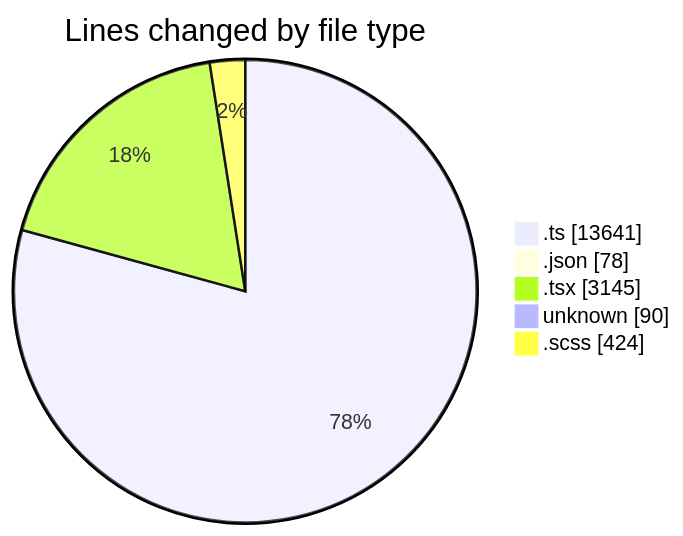
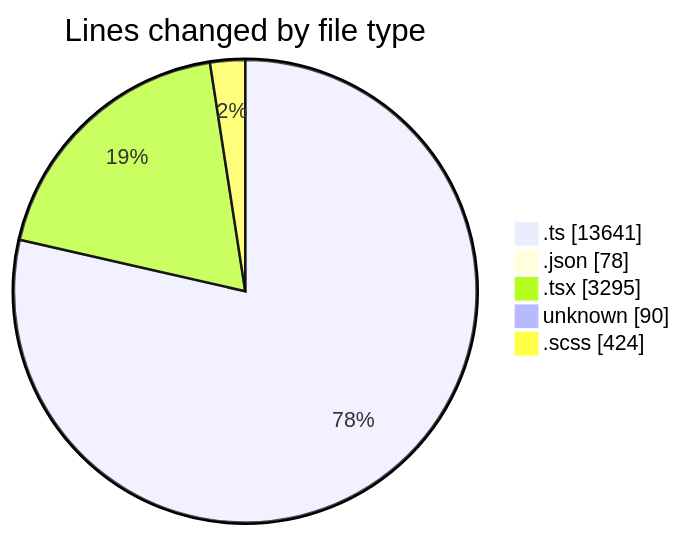
The first of 2 diagrams in 2025-08-29/cda/README.md (momahboobian/code-tracking), drawn with Mermaid before and after one commit. The commit also changed other lines of this file and 1 other file, not shown here.

````diff
--- a/2025-08-29/cda/README.md
+++ b/2025-08-29/cda/README.md
@@ -34,9 +34,9 @@
 ```mermaid
 pie showData
 title Lines changed by file type
 ".ts" : 13641
 ".json" : 78
-".tsx" : 3145
+".tsx" : 3295
 "unknown" : 90
 ".scss" : 424
 ```
````
